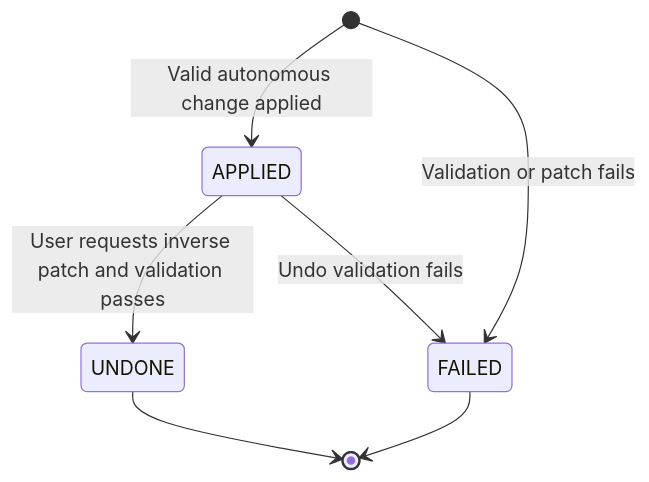
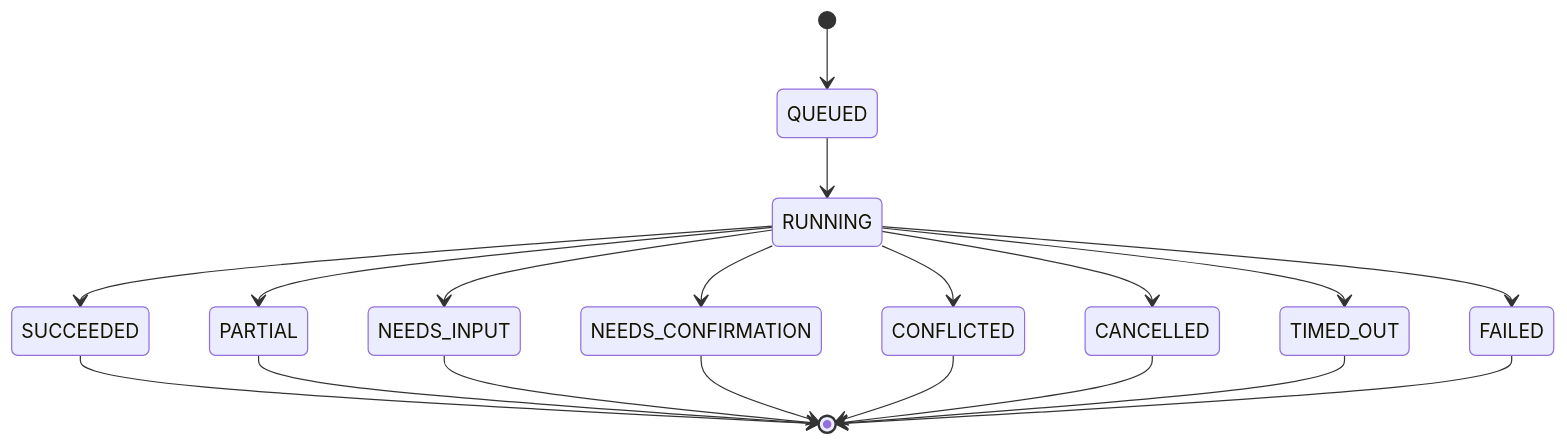
The second of 3 diagrams in docs/diagrams/15-ai-assistant-turn-and-proposal.md (mehdieidi/modriss), drawn with Mermaid before and after one commit. The commit also changed other lines of this file and 37 other files, not shown here.

````diff
--- a/docs/diagrams/15-ai-assistant-turn-and-proposal.md
+++ b/docs/diagrams/15-ai-assistant-turn-and-proposal.md
@@ -38,9 +35,21 @@
 ```mermaid
 stateDiagram-v2
-    [*] --> APPLIED: Valid autonomous change applied
-    [*] --> FAILED: Validation or patch fails
-    APPLIED --> UNDONE: User requests inverse patch and validation passes
-    APPLIED --> FAILED: Undo validation fails
-    UNDONE --> [*]
+    [*] --> QUEUED
+    QUEUED --> RUNNING
+    RUNNING --> SUCCEEDED
+    RUNNING --> PARTIAL
+    RUNNING --> NEEDS_INPUT
+    RUNNING --> NEEDS_CONFIRMATION
+    RUNNING --> CONFLICTED
+    RUNNING --> CANCELLED
+    RUNNING --> TIMED_OUT
+    RUNNING --> FAILED
+    SUCCEEDED --> [*]
+    PARTIAL --> [*]
+    NEEDS_INPUT --> [*]
+    NEEDS_CONFIRMATION --> [*]
+    CONFLICTED --> [*]
+    CANCELLED --> [*]
+    TIMED_OUT --> [*]
     FAILED --> [*]
 ```
````
